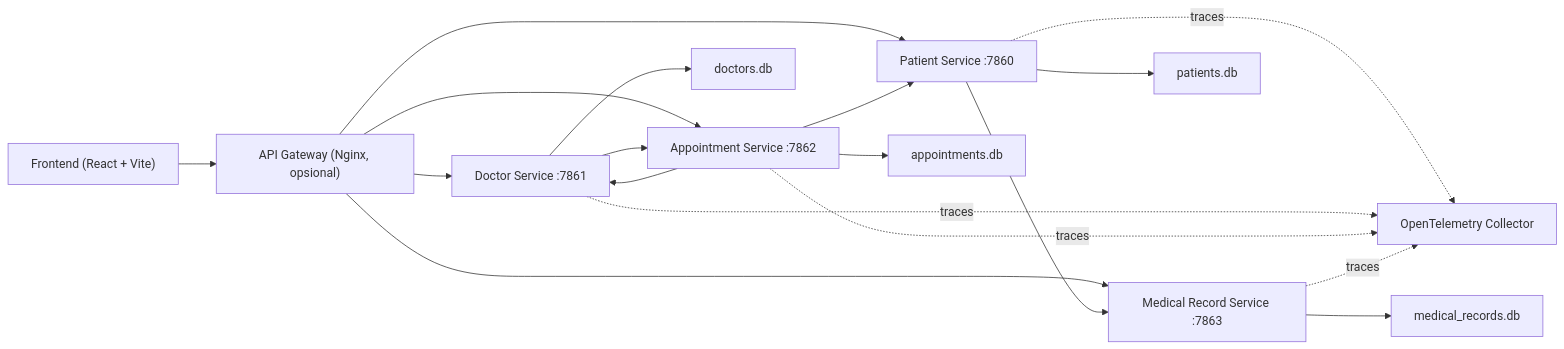
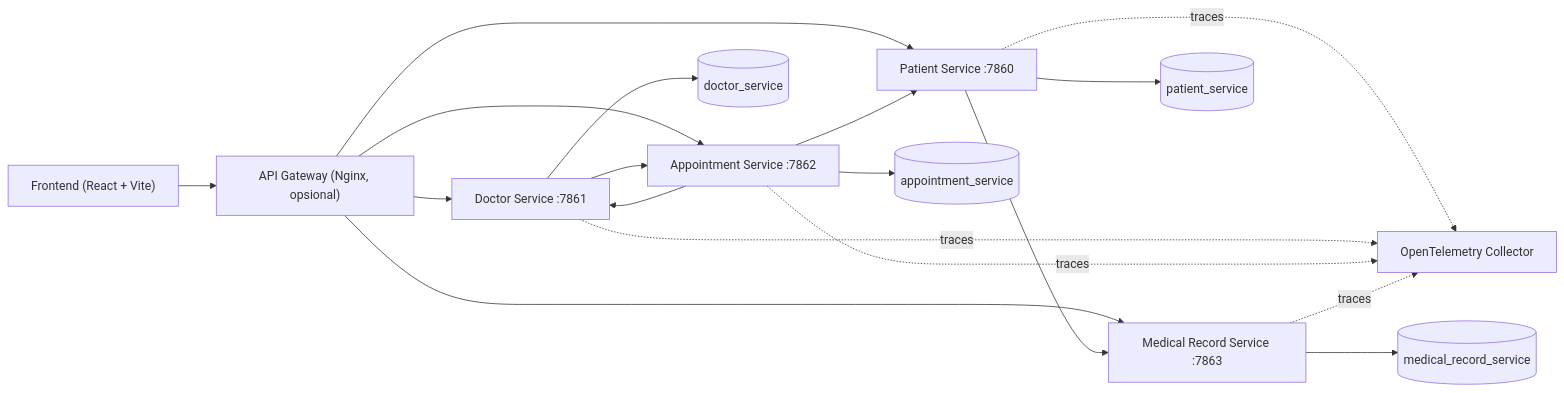
The diagram in docs/ARCHITECTURE.md (iceblessedtea/ilkom22-paralel-5), drawn with Mermaid before and after one commit. The commit also changed other lines of this file and 14 other files, not shown here.

````diff
--- a/docs/ARCHITECTURE.md
+++ b/docs/ARCHITECTURE.md
@@ -5,23 +5,23 @@
 ```mermaid
 flowchart LR
   Client["Frontend (React + Vite)"] --> Gateway["API Gateway (Nginx, opsional)"]
   Gateway --> Patient["Patient Service :7860"]
   Gateway --> Doctor["Doctor Service :7861"]
   Gateway --> Appointment["Appointment Service :7862"]
   Gateway --> Record["Medical Record Service :7863"]
 
   Appointment --> Patient
   Appointment --> Doctor
   Patient --> Record
   Doctor --> Appointment
 
-  Patient --> PatientDB["patients.db"]
-  Doctor --> DoctorDB["doctors.db"]
-  Appointment --> AppointmentDB["appointments.db"]
-  Record --> RecordDB["medical_records.db"]
+  Patient --> PatientDB[("patient_service")]
+  Doctor --> DoctorDB[("doctor_service")]
+  Appointment --> AppointmentDB[("appointment_service")]
+  Record --> RecordDB[("medical_record_service")]
 
   Patient -. traces .-> OTel["OpenTelemetry Collector"]
   Doctor -. traces .-> OTel
   Appointment -. traces .-> OTel
   Record -. traces .-> OTel
 ```
````
